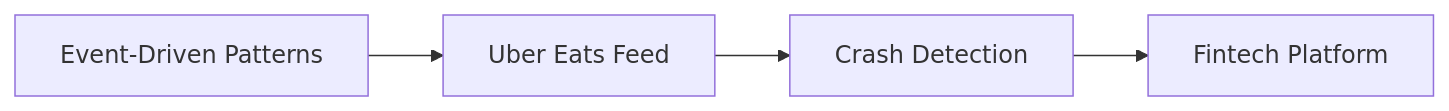
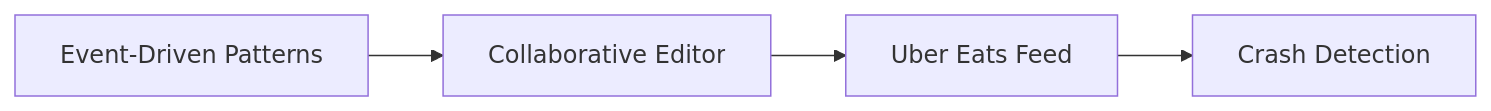
The third of 5 diagrams in README.md (bindian0509/system-design), drawn with Mermaid before and after one commit. The commit also changed other lines of this file, not shown here.

Commit message:
docs: Update README with new projects - leaderboard, collaborative-editor, issue-tracker, jwt-auth, products-api, system-design-interview-guide

````diff
--- a/README.md
+++ b/README.md
@@ -250,6 +323,6 @@
 ```mermaid
 flowchart LR
-    A[Event-Driven Patterns] --> B[Uber Eats Feed]
-    B --> C[Crash Detection]
-    C --> D[Fintech Platform]
+    A[Event-Driven Patterns] --> B[Collaborative Editor]
+    B --> C[Uber Eats Feed]
+    C --> D[Crash Detection]
 ```
````
